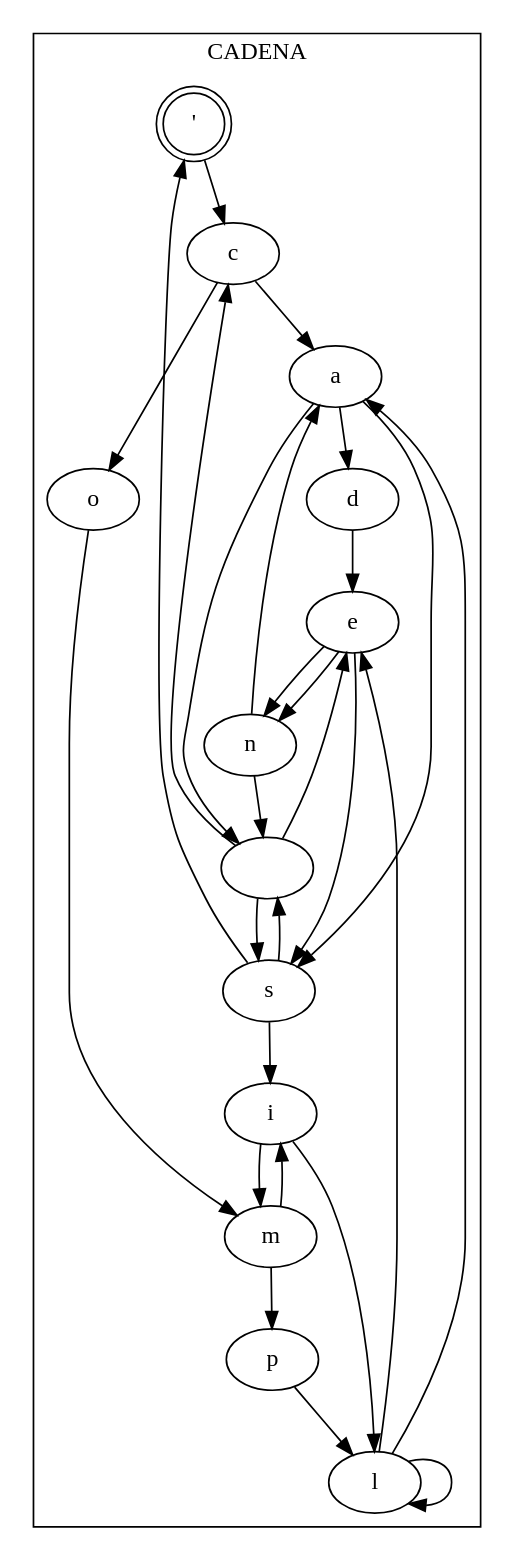
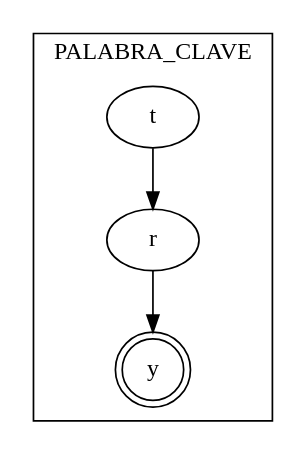
One commit to luisbaquiax/2023_Lenguajes_practica_1 changed the diagram in LenguajesPracticaLexico/src/example.dot. Above: the diagram before and after it, drawn with Graphviz. The commit also changed 51 other files, not shown here.

```diff
--- a/LenguajesPracticaLexico/src/example.dot
+++ b/LenguajesPracticaLexico/src/example.dot
@@ -1,8 +1,8 @@
 digraph G {
 
-  "'" [shape=doublecircle]  subgraph cluster_0 {
+  "y" [shape=doublecircle]  subgraph cluster_0 {
 
-"'" -> "c" -> "a" -> "d" -> "e" -> "n" -> "a" -> " " -> "e" -> "n" -> " " -> "c" -> "o" -> "m" -> "i" -> "l" -> "l" -> "a" -> "s" -> " " -> "s" -> "i" -> "m" -> "p" -> "l" -> "e" -> "s" -> "'";
-    label = "CADENA";
+"t" -> "r" -> "y";
+    label = "PALABRA_CLAVE";
   }
 }
```
